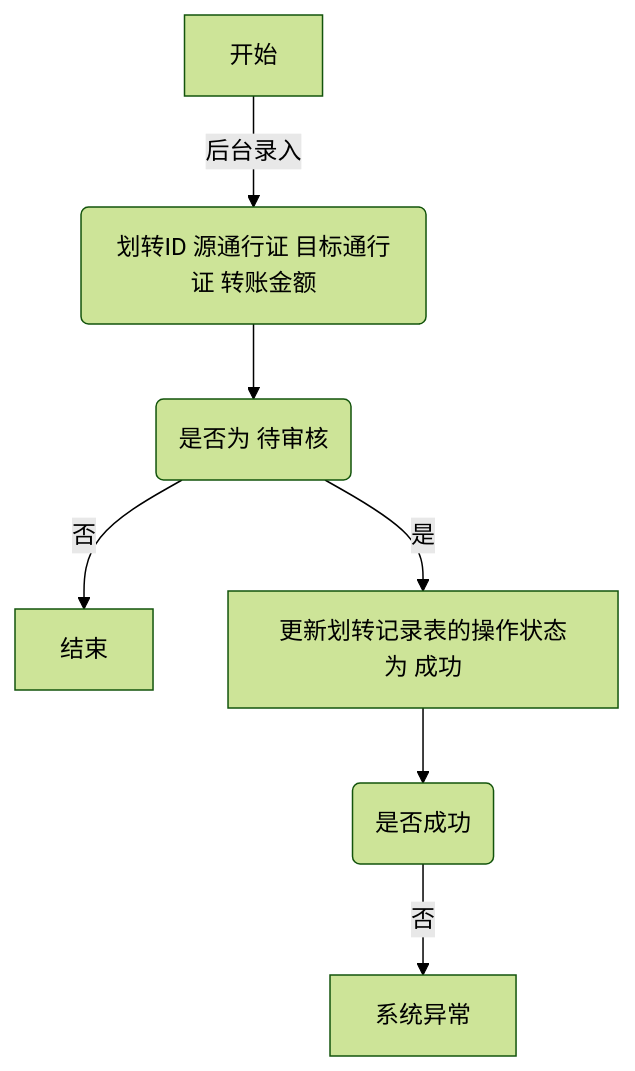
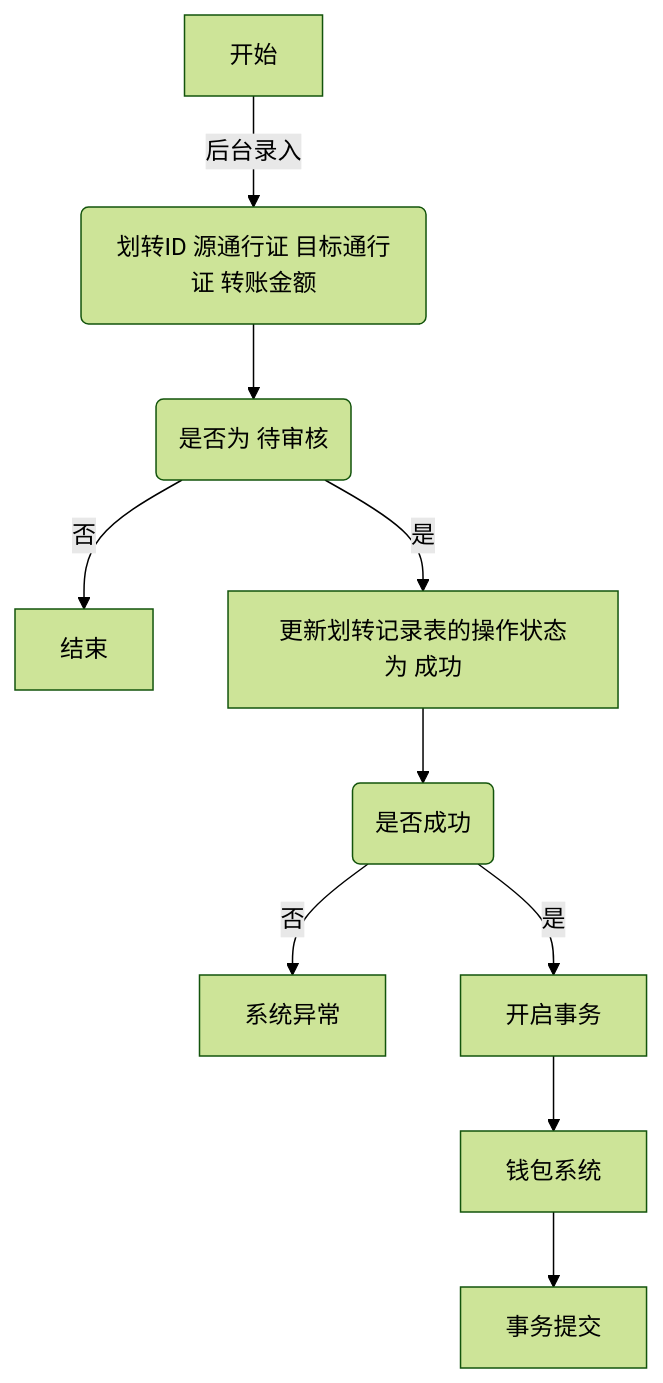
One commit to ma-luyang/shimobang changed the diagram in README.md. Above: the diagram before and after it, drawn with Mermaid (forest theme).

````diff
--- a/README.md
+++ b/README.md
@@ -3,9 +3,12 @@
 ```mermaid
 flowchart TD
     A[开始] -->|后台录入| B(划转ID 源通行证 目标通行证 转账金额)
     B --> C(是否为 待审核);
     C -->|否|Z[结束];
     C -->|是|D[更新划转记录表的操作状态为 成功];
     D --> E(是否成功);
     E -->|否|X[系统异常];
+    E -->|是|F[开启事务];
+    F --> G[钱包系统];
+    G --> H[事务提交];
 ```
````
